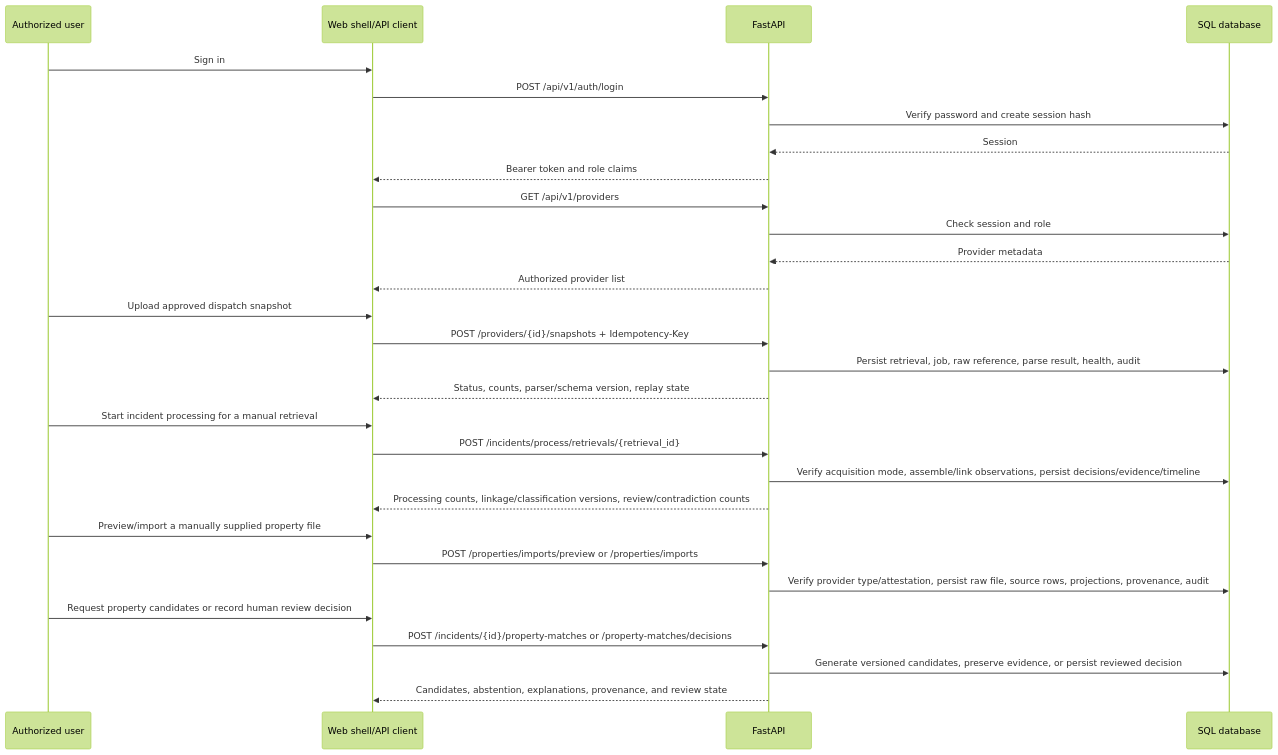
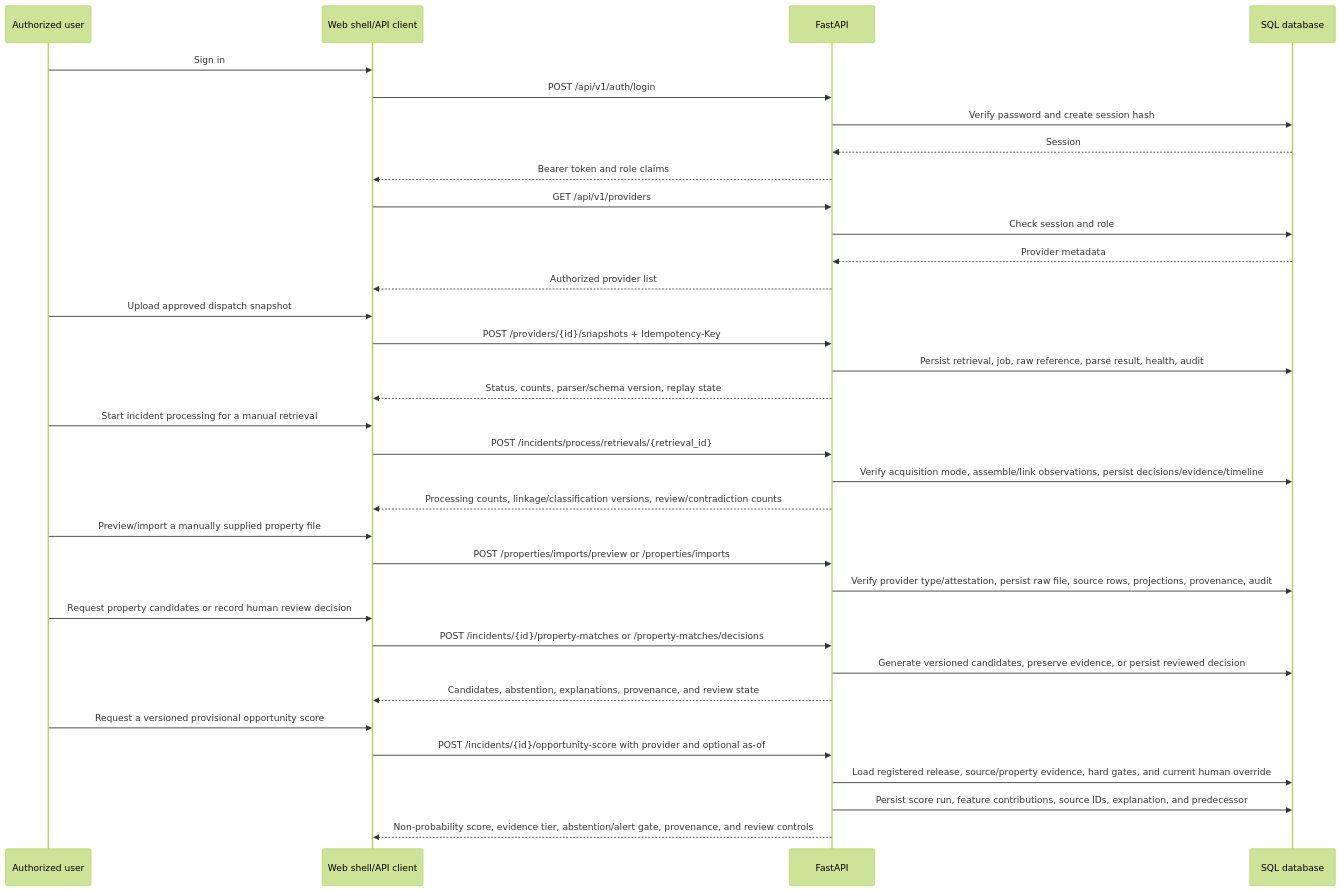
One commit to prospercode11/beyond-fire-radar changed the second of 2 diagrams in docs/architecture/system-context.md. Above: the diagram before and after it, drawn with Mermaid (forest theme). The commit also changed other lines of this file and 29 other files, not shown here.

````diff
--- a/docs/architecture/system-context.md
+++ b/docs/architecture/system-context.md
@@ -30,31 +30,36 @@
 ```mermaid
 sequenceDiagram
   participant U as Authorized user
   participant W as Web shell/API client
   participant A as FastAPI
   participant DB as SQL database
   U->>W: Sign in
   W->>A: POST /api/v1/auth/login
   A->>DB: Verify password and create session hash
   DB-->>A: Session
   A-->>W: Bearer token and role claims
   W->>A: GET /api/v1/providers
   A->>DB: Check session and role
   DB-->>A: Provider metadata
   A-->>W: Authorized provider list
   U->>W: Upload approved dispatch snapshot
   W->>A: POST /providers/{id}/snapshots + Idempotency-Key
   A->>DB: Persist retrieval, job, raw reference, parse result, health, audit
   A-->>W: Status, counts, parser/schema version, replay state
   U->>W: Start incident processing for a manual retrieval
   W->>A: POST /incidents/process/retrievals/{retrieval_id}
   A->>DB: Verify acquisition mode, assemble/link observations, persist decisions/evidence/timeline
   A-->>W: Processing counts, linkage/classification versions, review/contradiction counts
   U->>W: Preview/import a manually supplied property file
   W->>A: POST /properties/imports/preview or /properties/imports
   A->>DB: Verify provider type/attestation, persist raw file, source rows, projections, provenance, audit
   U->>W: Request property candidates or record human review decision
   W->>A: POST /incidents/{id}/property-matches or /property-matches/decisions
   A->>DB: Generate versioned candidates, preserve evidence, or persist reviewed decision
   A-->>W: Candidates, abstention, explanations, provenance, and review state
+  U->>W: Request a versioned provisional opportunity score
+  W->>A: POST /incidents/{id}/opportunity-score with provider and optional as-of
+  A->>DB: Load registered release, source/property evidence, hard gates, and current human override
+  A->>DB: Persist score run, feature contributions, source IDs, explanation, and predecessor
+  A-->>W: Non-probability score, evidence tier, abstention/alert gate, provenance, and review controls
 ```
````
